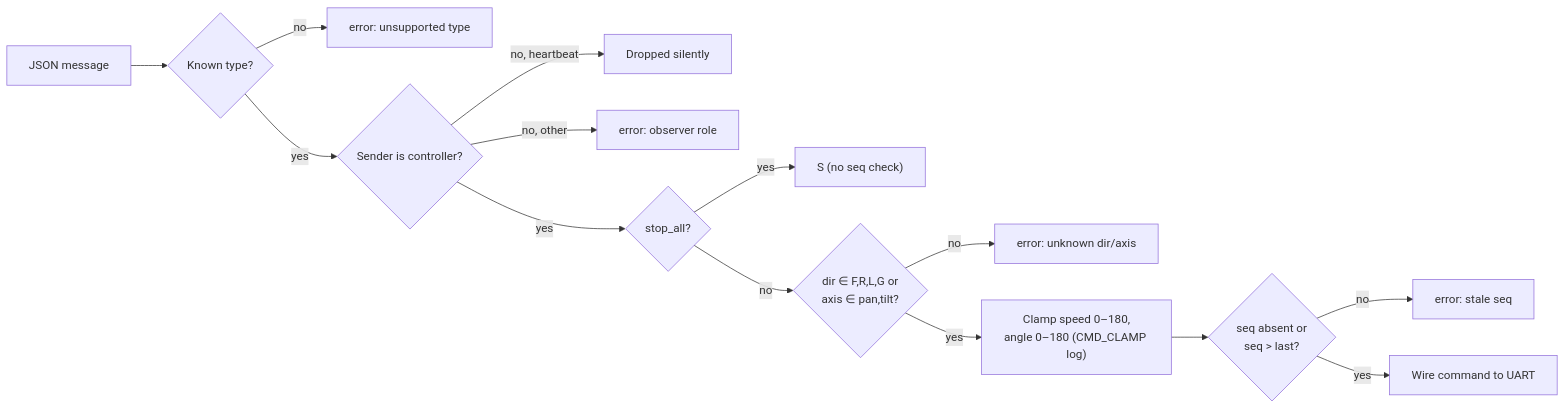
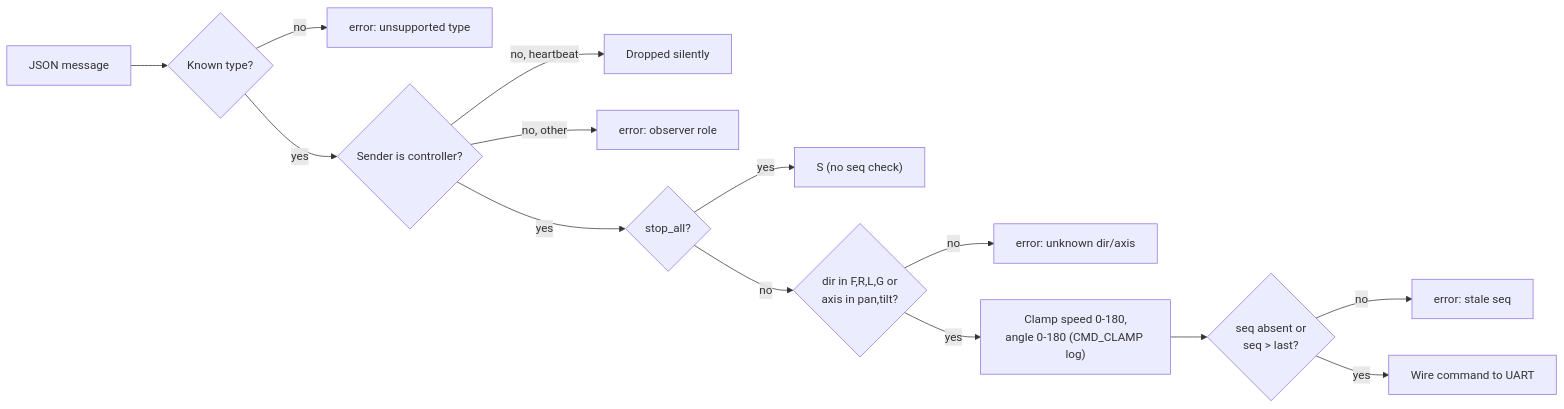
Before and after one commit to baiust999/robort-code-from-pi: the ninth of 27 diagrams in research paper/section4_methodology.md, drawn with Mermaid. The commit also changed other lines of this file and 4 other files, not shown here.

````diff
--- a/research paper/section4_methodology.md
+++ b/research paper/section4_methodology.md
@@ -276,16 +276,16 @@
 ```mermaid
 flowchart LR
   M["JSON message"] --> K{"Known type?"}
   K -- no --> E["error: unsupported type"]
   K -- yes --> R{"Sender is controller?"}
   R -- "no, heartbeat" --> DROP["Dropped silently"]
   R -- "no, other" --> E2["error: observer role"]
   R -- yes --> T{"stop_all?"}
   T -- yes --> S["S (no seq check)"]
-  T -- no --> V{"dir ∈ F,R,L,G or<br/>axis ∈ pan,tilt?"}
+  T -- no --> V{"dir in F,R,L,G or<br/>axis in pan,tilt?"}
   V -- no --> E3["error: unknown dir/axis"]
-  V -- yes --> C["Clamp speed 0–180,<br/>angle 0–180 (CMD_CLAMP log)"]
+  V -- yes --> C["Clamp speed 0-180,<br/>angle 0-180 (CMD_CLAMP log)"]
   C --> Q{"seq absent or<br/>seq > last?"}
   Q -- no --> E4["error: stale seq"]
   Q -- yes --> W["Wire command to UART"]
 ```
````
